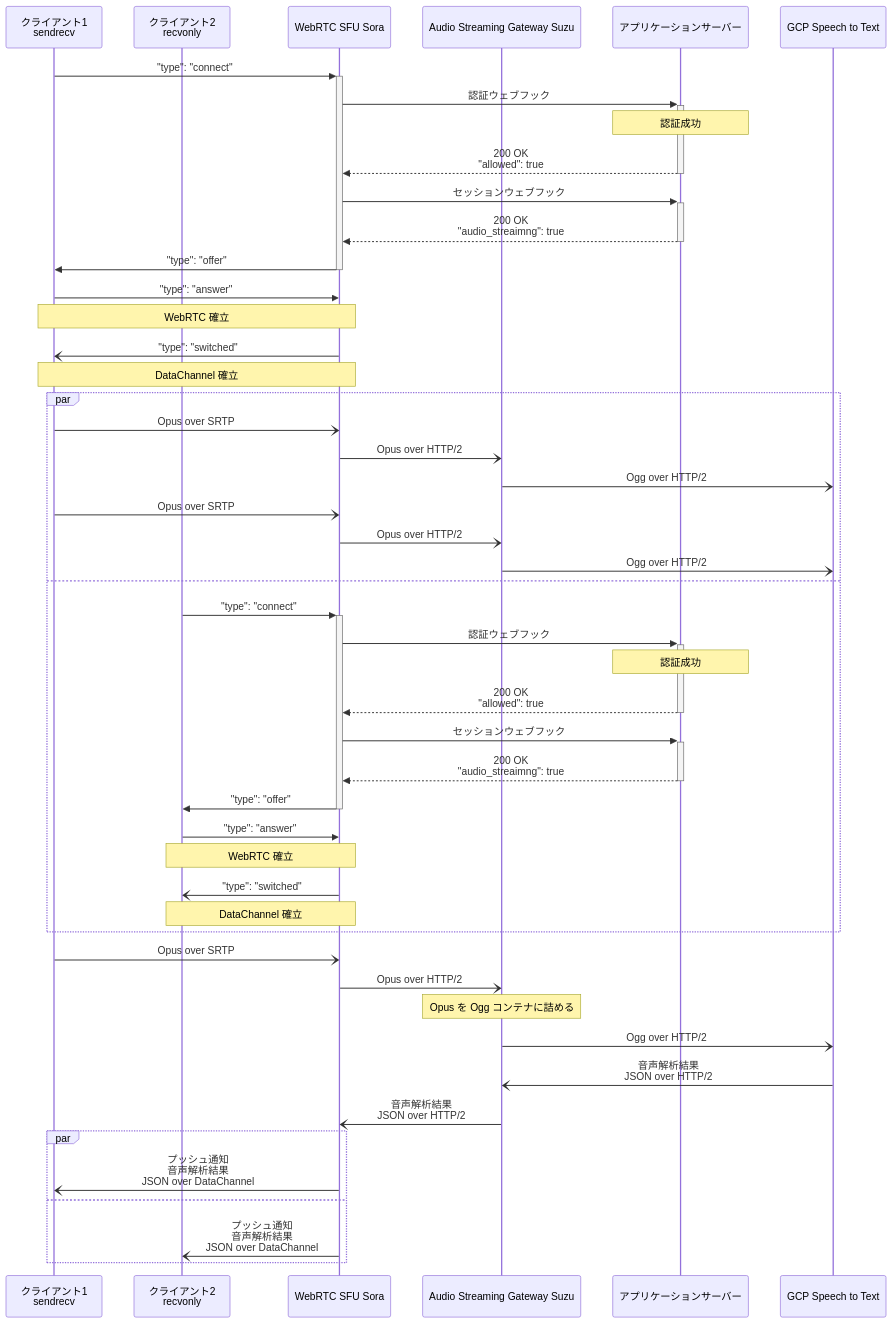
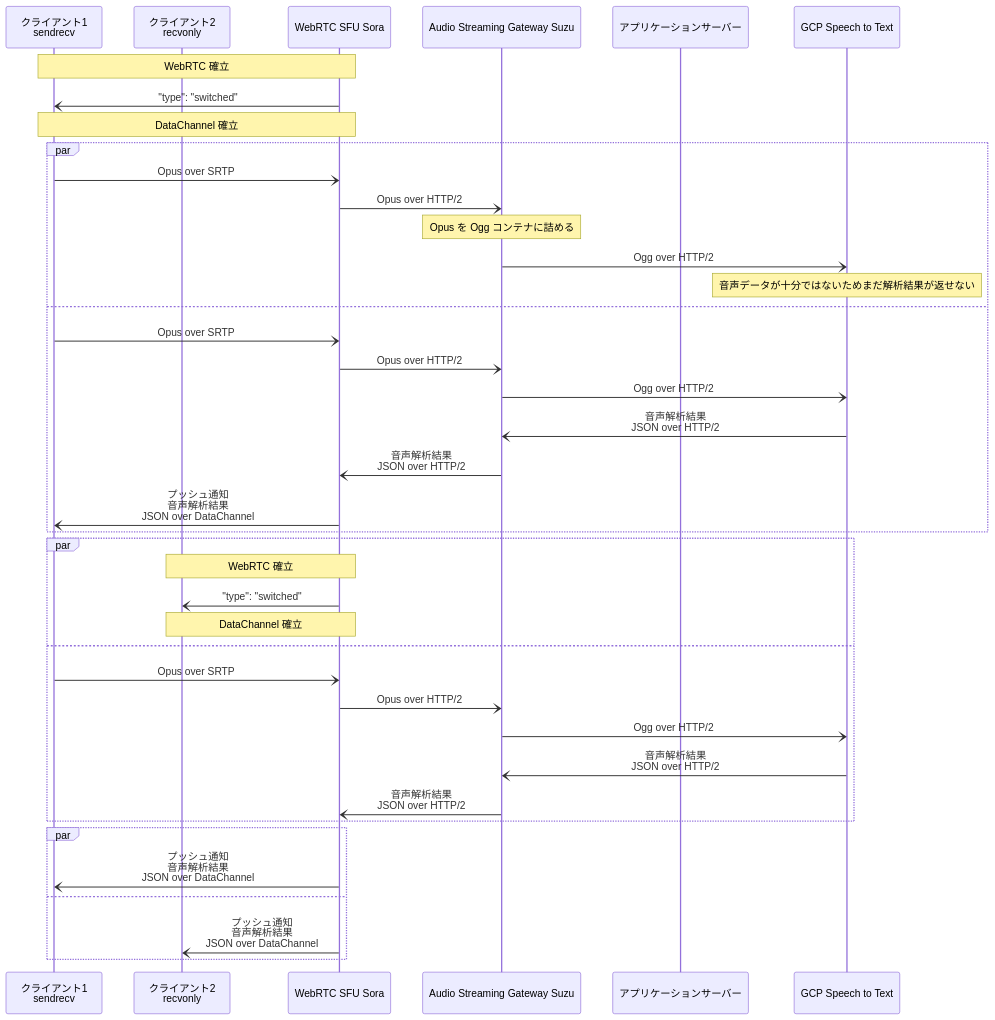
Before and after one commit to shiguredo/suzu: the diagram in README.md, drawn with Mermaid.

````diff
--- a/README.md
+++ b/README.md
@@ -40,51 +40,42 @@
 ```mermaid
 sequenceDiagram
     participant client1 as クライアント1<br>sendrecv
     participant client2 as クライアント2<br>recvonly
     participant sora as WebRTC SFU Sora
     participant suzu as Audio Streaming Gateway Suzu
     participant app as アプリケーションサーバー
     participant gcp as GCP Speech to Text
-    client1->>+sora: "type": "connect"
-    sora->>+app: 認証ウェブフック
-    note over app: 認証成功
-    app-->>-sora: 200 OK<br>"allowed": true
-    sora->>+app: セッションウェブフック
-    app-->>-sora: 200 OK<br>"audio_streaimng": true
-    sora->>-client1: "type": "offer"
-    client1->>sora: "type": "answer"
     note over client1, sora: WebRTC 確立
     sora-)client1: "type": "switched"
     note over client1, sora: DataChannel 確立
     par
         client1-)sora: Opus over SRTP
         sora-)suzu: Opus over HTTP/2
+        note over suzu: Opus を Ogg コンテナに詰める
         suzu-)gcp: Ogg over HTTP/2
+        note over gcp: 音声データが十分ではないためまだ解析結果が返せない       
+    and
         client1-)sora: Opus over SRTP
         sora-)suzu: Opus over HTTP/2
         suzu-)gcp: Ogg over HTTP/2
-    and
-        client2->>+sora: "type": "connect"
-        sora->>+app: 認証ウェブフック
-        note over app: 認証成功
-        app-->>-sora: 200 OK<br>"allowed": true
-        sora->>+app: セッションウェブフック
-        app-->>-sora: 200 OK<br>"audio_streaimng": true
-        sora->>-client2: "type": "offer"
-        client2->>sora: "type": "answer"
+        gcp-)suzu: 音声解析結果<br>JSON over HTTP/2
+        suzu-)sora: 音声解析結果<br>JSON over HTTP/2
+        sora-)client1: プッシュ通知<br>音声解析結果<br>JSON over DataChannel
+    end
+    par
         note over client2, sora: WebRTC 確立
         sora-)client2: "type": "switched"
         note over client2, sora: DataChannel 確立
+    and
+        client1-)sora: Opus over SRTP
+        sora-)suzu: Opus over HTTP/2
+        suzu-)gcp: Ogg over HTTP/2
+        gcp-)suzu: 音声解析結果<br>JSON over HTTP/2
+        suzu-)sora: 音声解析結果<br>JSON over HTTP/2
     end
-    client1-)sora: Opus over SRTP
-    sora-)suzu: Opus over HTTP/2
-    note over suzu: Opus を Ogg コンテナに詰める
-    suzu-)gcp: Ogg over HTTP/2
-    gcp-)suzu: 音声解析結果<br>JSON over HTTP/2
-    suzu-)sora: 音声解析結果<br>JSON over HTTP/2
     par
         sora-)client1: プッシュ通知<br>音声解析結果<br>JSON over DataChannel
     and
         sora-)client2: プッシュ通知<br>音声解析結果<br>JSON over DataChannel
     end
 ```
````
